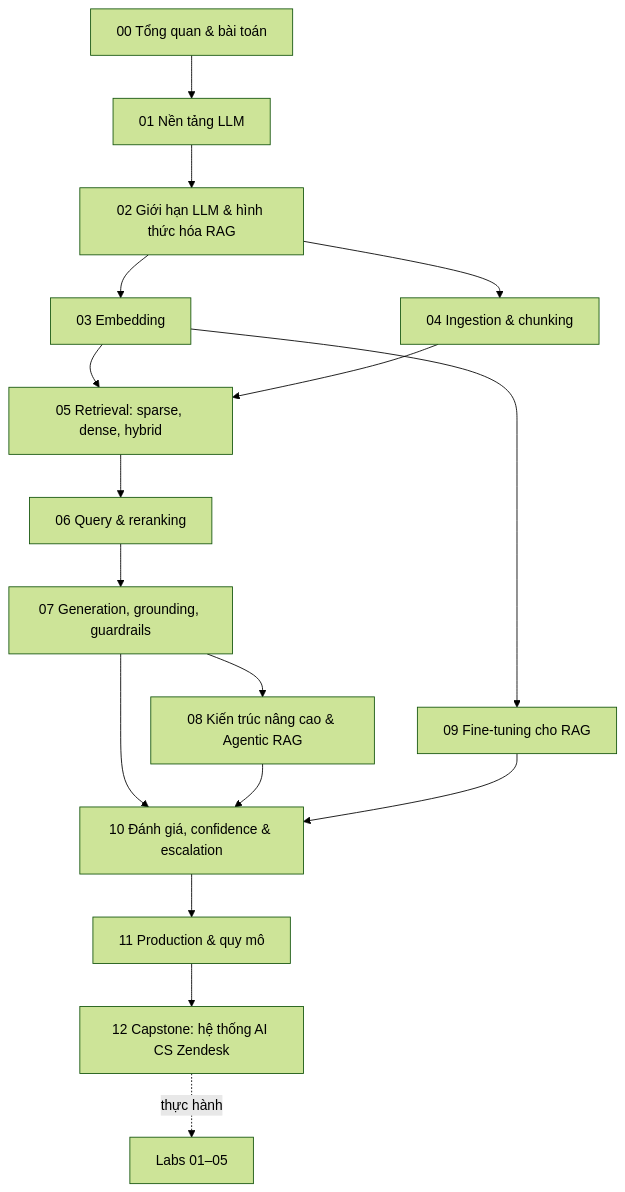
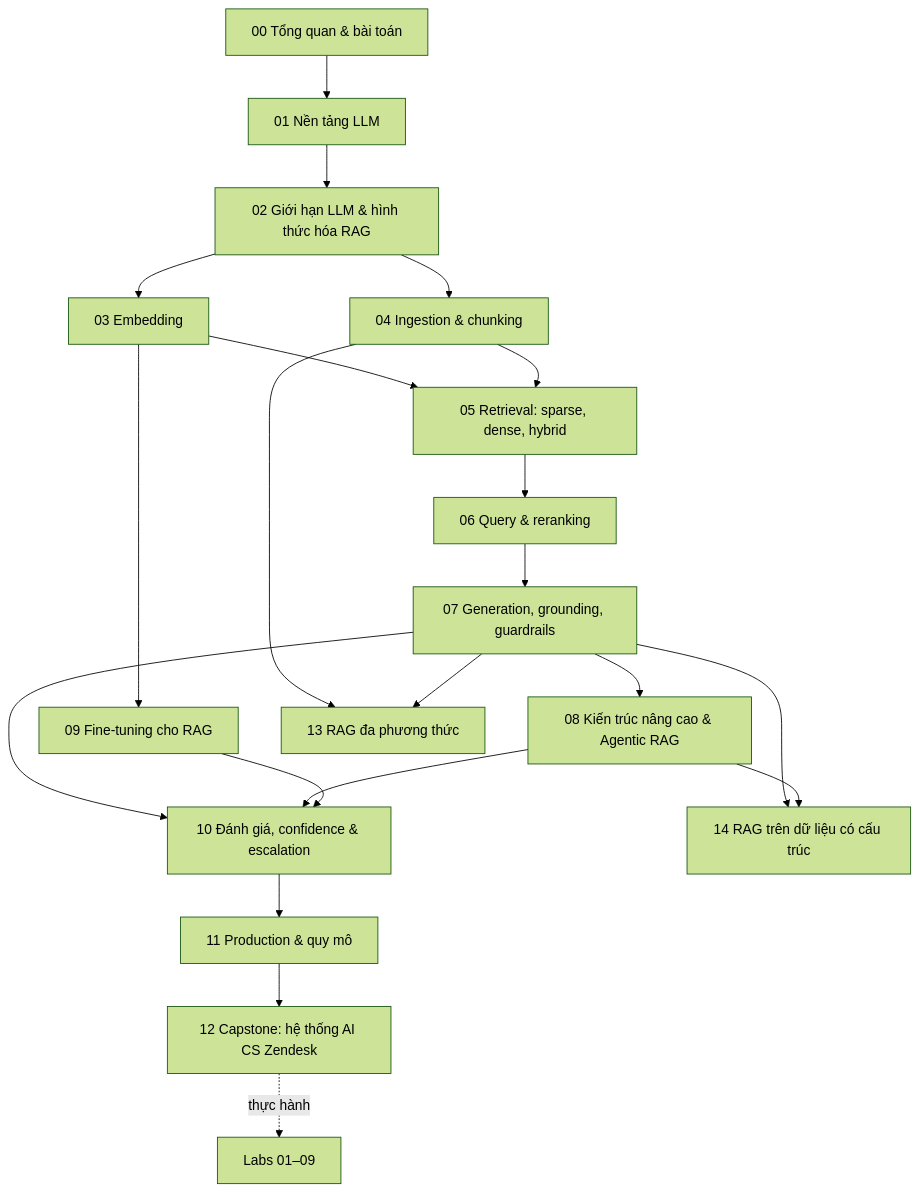
The diagram in docs/00-tong-quan-va-bai-toan.md (HieNguyen08/rag-masterclass), drawn with Mermaid (forest theme) before and after one commit. The commit also changed other lines of this file and 3 other files, not shown here.

````diff
--- a/docs/00-tong-quan-va-bai-toan.md
+++ b/docs/00-tong-quan-va-bai-toan.md
@@ -78,19 +78,23 @@
 ```mermaid
 flowchart TD
     A[00 Tổng quan & bài toán] --> B[01 Nền tảng LLM]
     B --> C[02 Giới hạn LLM & hình thức hóa RAG]
     C --> D[03 Embedding]
     C --> E[04 Ingestion & chunking]
     D --> F[05 Retrieval: sparse, dense, hybrid]
     E --> F
     F --> G[06 Query & reranking]
     G --> H[07 Generation, grounding, guardrails]
     H --> I[08 Kiến trúc nâng cao & Agentic RAG]
     D --> J[09 Fine-tuning cho RAG]
     H --> K[10 Đánh giá, confidence & escalation]
     I --> K
     J --> K
     K --> L[11 Production & quy mô]
     L --> M[12 Capstone: hệ thống AI CS Zendesk]
-    M -.thực hành.-> N[Labs 01–05]
+    M -.thực hành.-> N[Labs 01–09]
+    E --> O[13 RAG đa phương thức]
+    H --> O
+    H --> P[14 RAG trên dữ liệu có cấu trúc]
+    I --> P
 ```
````
